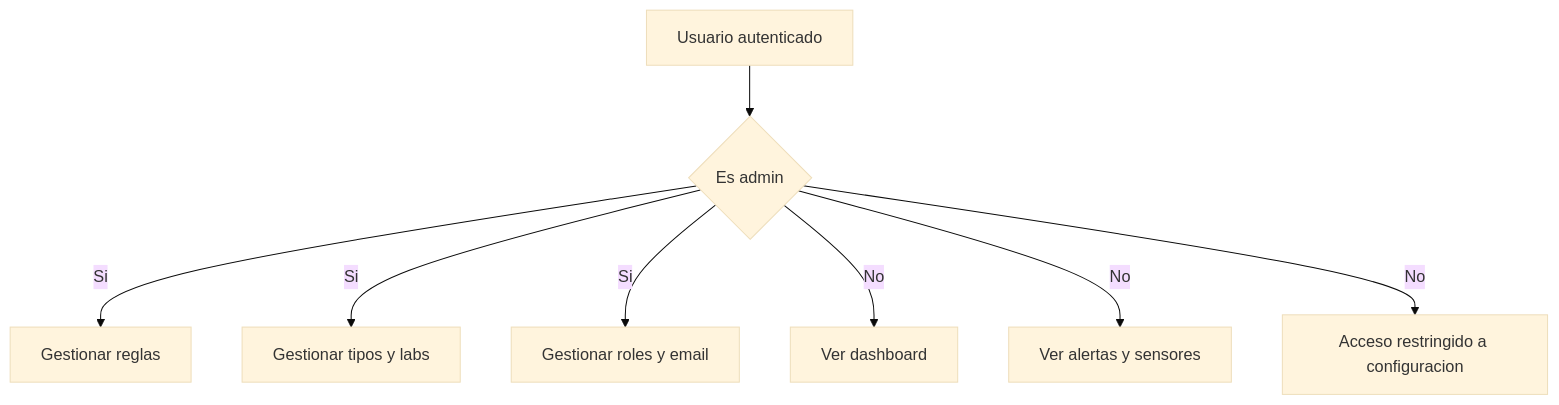
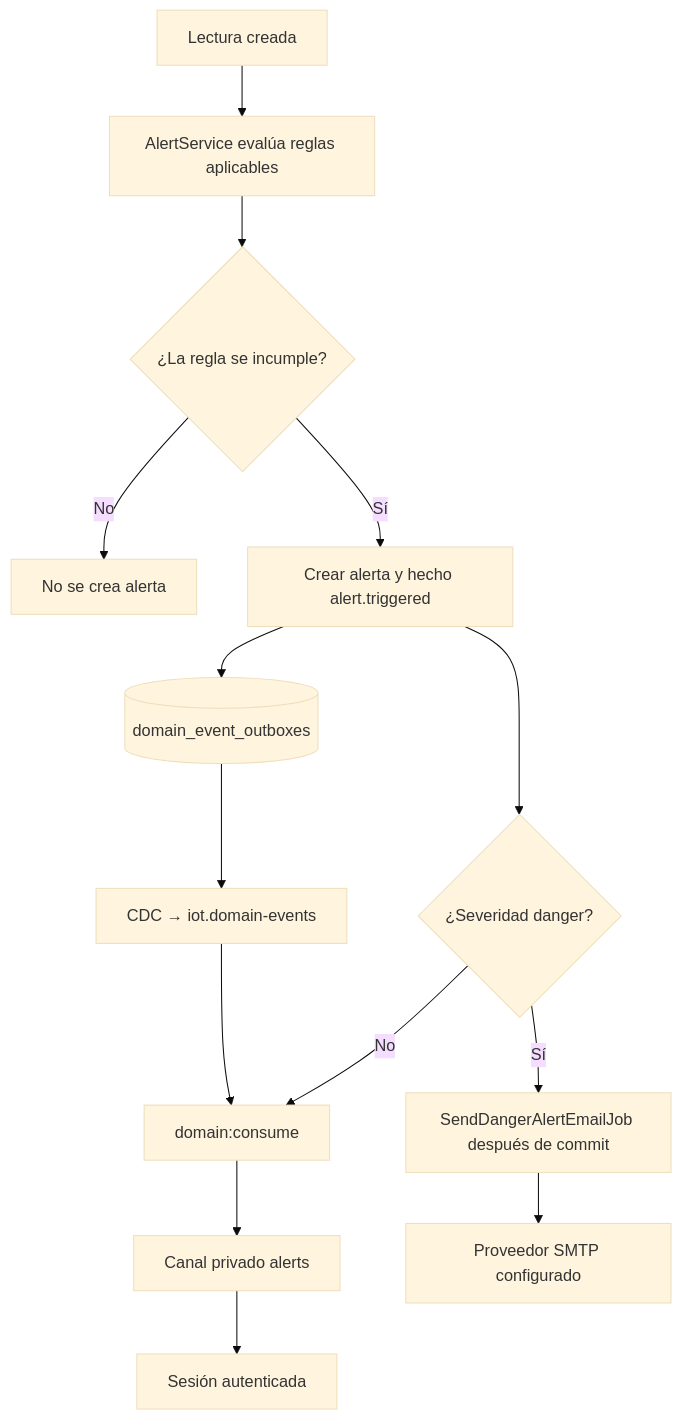
The fifth of 15 diagrams in README.md (yojr23/iot-platform-v2), drawn with Mermaid (base theme) before and after one commit. The commit also changed other lines of this file and 464 other files, not shown here.

````diff
--- a/README.md
+++ b/README.md
@@ -395,10 +233,16 @@
-```mermaid
+~~~mermaid
 flowchart TD
-    U["Usuario autenticado"] --> Q{"Es admin"}
-    Q -- "Si" --> A1["Gestionar reglas"]
-    Q -- "Si" --> A2["Gestionar tipos y labs"]
-    Q -- "Si" --> A3["Gestionar roles y email"]
-    Q -- "No" --> B1["Ver dashboard"]
-    Q -- "No" --> B2["Ver alertas y sensores"]
-    Q -- "No" --> B3["Acceso restringido a configuracion"]
-```
+    Reading["Lectura creada"] --> Rules["AlertService evalúa reglas aplicables"]
+    Rules --> InRange{"¿La regla se incumple?"}
+    InRange -- "No" --> End["No se crea alerta"]
+    InRange -- "Sí" --> Alert["Crear alerta y hecho alert.triggered"]
+    Alert --> Outbox[(domain_event_outboxes)]
+    Alert --> Email{"¿Severidad danger?"}
+    Email -- "Sí" --> Job["SendDangerAlertEmailJob después de commit"]
+    Email -- "No" --> Stream
+    Outbox --> CDC["CDC → iot.domain-events"]
+    CDC --> Stream["domain:consume"]
+    Stream --> Private["Canal privado alerts"]
+    Private --> User["Sesión autenticada"]
+    Job --> Mail["Proveedor SMTP configurado"]
+~~~
````
